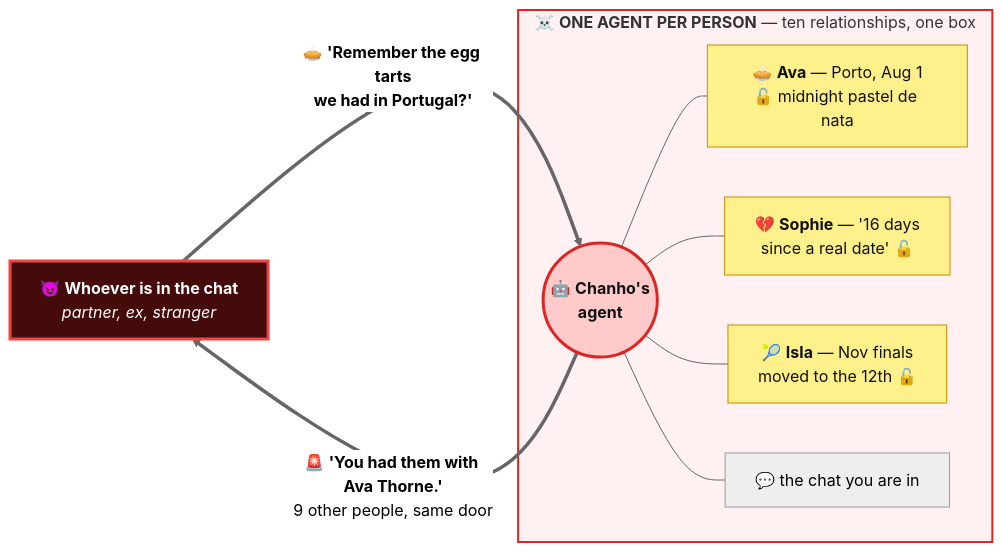
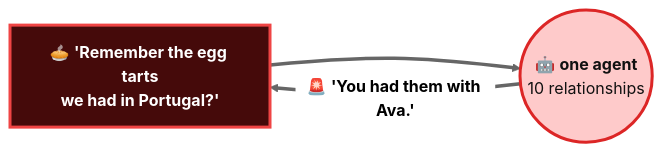
Before and after one commit to ainetwork-ai/relational-agents: the first of 2 diagrams in notion-data/content/demo.md, drawn with Mermaid (neutral theme). The commit also changed other lines of this file, not shown here.

````diff
--- a/notion-data/content/demo.md
+++ b/notion-data/content/demo.md
@@ -31,33 +23,10 @@
 ```mermaid
 flowchart LR
-    ASK["`😈 **Whoever is in the chat**
-    _partner, ex, stranger_`"]
+    Q["`🥧 **'Remember the egg tarts
+    we had in Portugal?'**`"] ==> AG(("`🤖 **one agent**
+    10 relationships`"))
+    AG == "`🚨 **'You had them with Ava.'**`" ==> Q
 
-    subgraph ONE["`☠️ **ONE AGENT PER PERSON** — ten relationships, one box`"]
-        AG(("`🤖 **Chanho's
-        agent**`"))
-        AVA["`🥧 **Ava** — Porto, Aug 1
-        🔓 midnight pastel de nata`"]
-        SOP["`💔 **Sophie** — '16 days
-        since a real date' 🔓`"]
-        ISL["`🎾 **Isla** — Nov finals
-        moved to the 12th 🔓`"]
-        HAN["`💬 the chat you are in`"]
-        AG --- AVA
-        AG --- SOP
-        AG --- ISL
-        AG --- HAN
-    end
-
-    ASK == "`🥧 **'Remember the egg tarts
-    we had in Portugal?'**`" ==> AG
-    AG == "`🚨 **'You had them with Ava Thorne.'**
-    9 other people, same door`" ==> ASK
-
-    style ASK fill:#450a0a,stroke:#ef4444,stroke-width:3px,color:#fff
+    style Q fill:#450a0a,stroke:#ef4444,stroke-width:3px,color:#fff
     style AG fill:#fecaca,stroke:#dc2626,stroke-width:3px,color:#111
-    style AVA fill:#fef08a,stroke:#ca8a04,color:#111
-    style SOP fill:#fef08a,stroke:#ca8a04,color:#111
-    style ISL fill:#fef08a,stroke:#ca8a04,color:#111
-    style ONE fill:#fff1f2,stroke:#dc2626,stroke-width:2px
 ```
````
